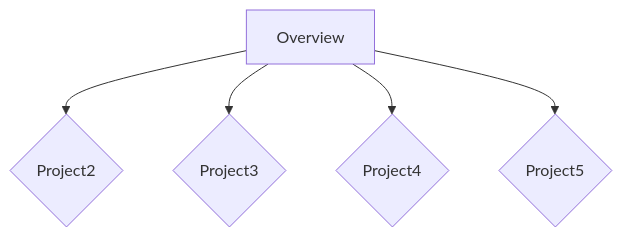
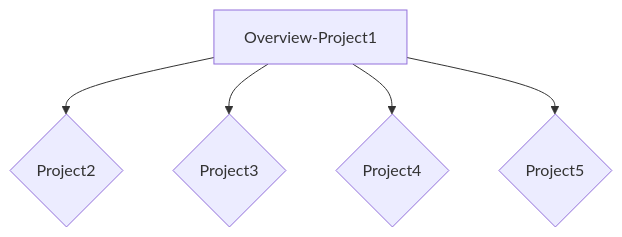
One commit to BeoVR6R/CMPG-323-Overview---27191532 changed the diagram in README.md. Above: the diagram before and after it, drawn with Mermaid.

````diff
--- a/README.md
+++ b/README.md
@@ -11,7 +11,7 @@
 ```mermaid
 flowchart TD
-    A[Overview] --> B{Project2}
-	A[Overview] --> C{Project3}
-	A[Overview] --> D{Project4}
-	A[Overview] --> E{Project5}
+    A[Overview-Project1] --> B{Project2}
+	A[Overview-Project1] --> C{Project3}
+	A[Overview-Project1] --> D{Project4}
+	A[Overview-Project1] --> E{Project5}
 ```
````
